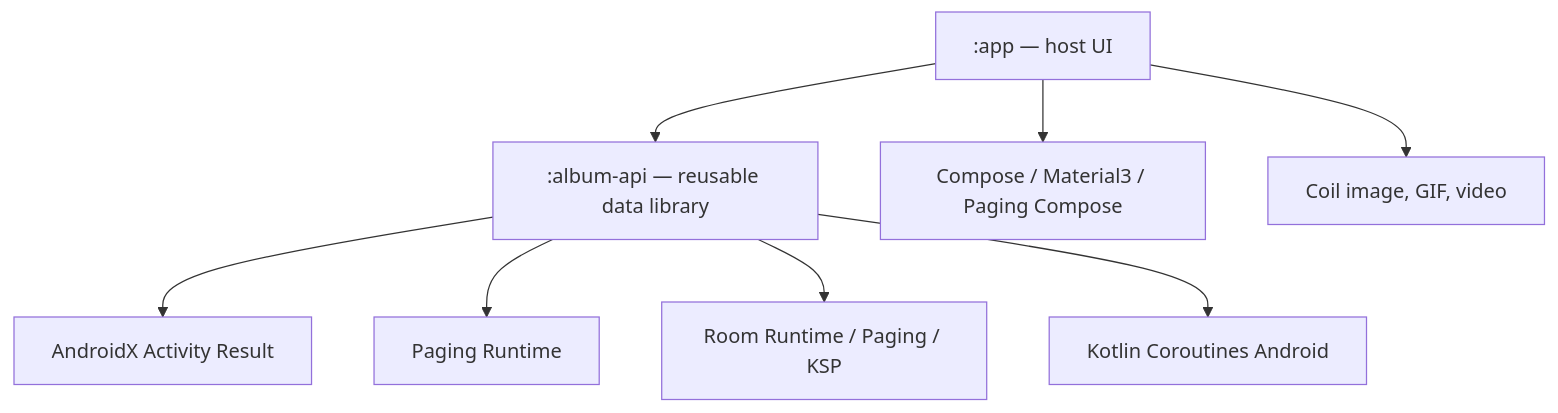
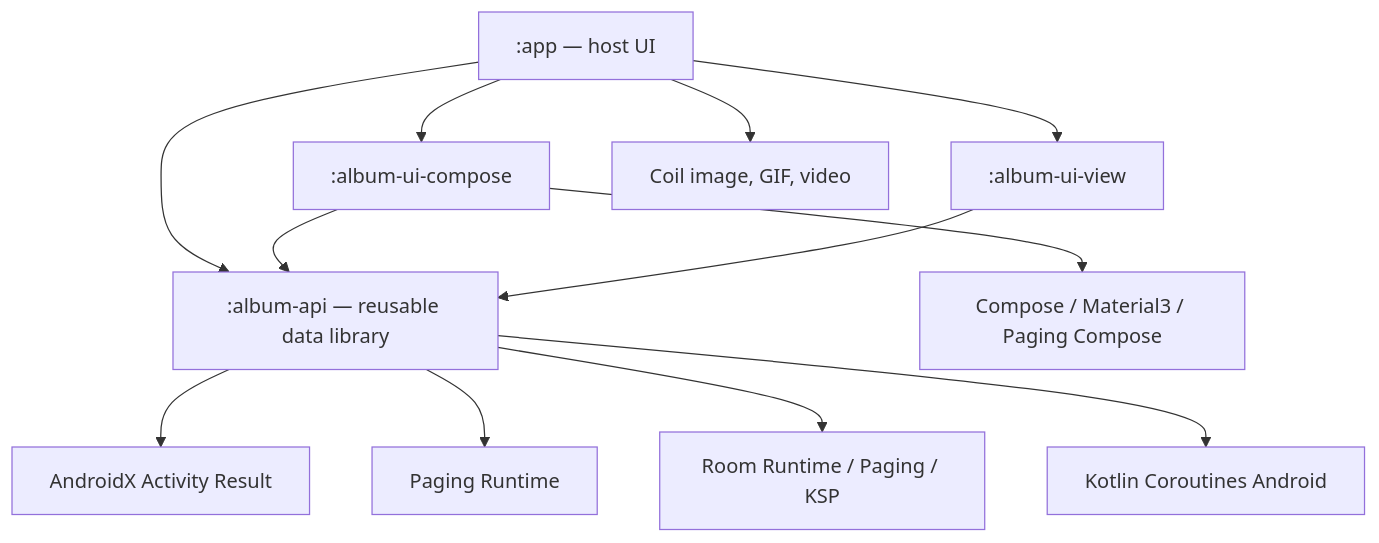
Before and after one commit to sceneren/Album: the diagram in .codex/references/dependencies.md, drawn with Mermaid. The commit also changed other lines of this file and 35 other files, not shown here.

First line of the commit message:
feat(album-api): 添加照片选择器功能增强与性能优化

````diff
--- a/.codex/references/dependencies.md
+++ b/.codex/references/dependencies.md
@@ -5,10 +5,14 @@
 ```mermaid
 graph TD
     App[":app — host UI"] --> Api[":album-api — reusable data library"]
-    App --> Compose["Compose / Material3 / Paging Compose"]
+    App --> ComposeUI[":album-ui-compose"]
+    App --> ViewUI[":album-ui-view"]
+    ComposeUI --> Api
+    ViewUI --> Api
+    ComposeUI --> Compose["Compose / Material3 / Paging Compose"]
     App --> Coil["Coil image, GIF, video"]
     Api --> Activity["AndroidX Activity Result"]
     Api --> Paging["Paging Runtime"]
     Api --> Room["Room Runtime / Paging / KSP"]
     Api --> Coroutines["Kotlin Coroutines Android"]
 ```
````
